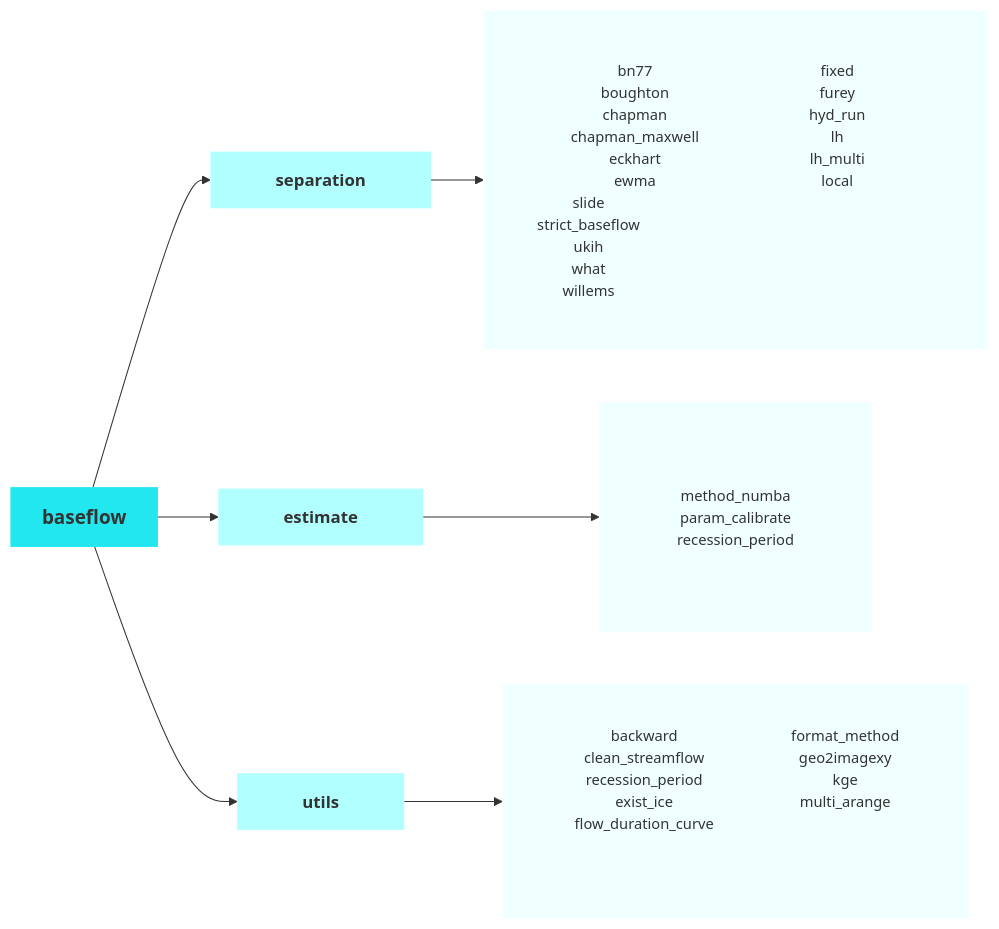
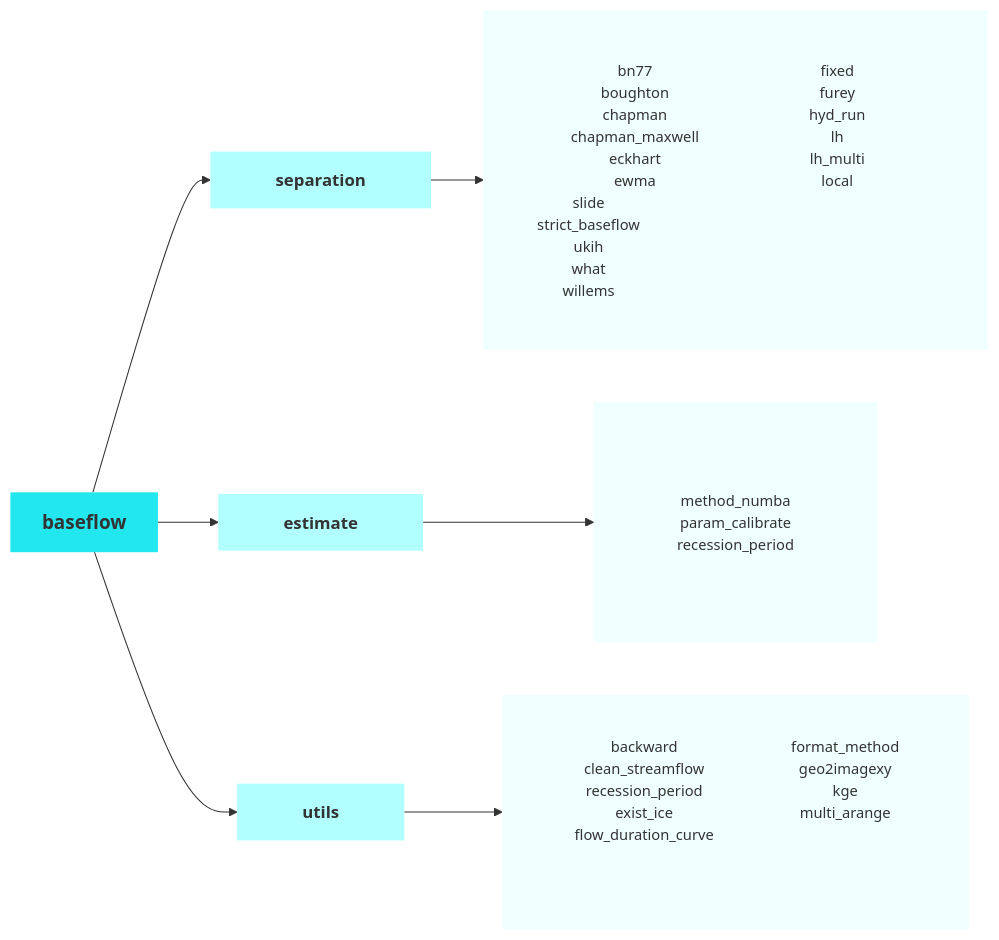
Before and after one commit to BYU-Hydroinformatics/baseflow: the diagram in docs/index.md, drawn with Mermaid.

Commit message:
lower the padding of the diagram

````diff
--- a/docs/index.md
+++ b/docs/index.md
@@ -58,50 +58,50 @@
 ```mermaid
 %%{init: {
   'theme': 'base', 
   'themeVariables': { 
     'fontSize': '14px',
     'fontFamily': 'Arial'
   },
   'flowchart': {
     'nodeSpacing': 25,
     'rankSpacing': 25,
     'curve': 'basis'
   }
   "flowchart": {"htmlLabels": true}
 }}%%
 graph LR
     %% Define styles
     classDef default fill:#22E7EF,stroke:#333,stroke-width:0px;
     classDef secondLevel fill:#B2FFFF,stroke:#333,stroke-width:0px,font-size:16px;
     classDef thirdLevel fill:#F0FFFF,stroke:#333,stroke-width:0px,font-size:14px;
 
     A[baseflow]:::default
     B[&emsp;&emsp;separation&emsp;&emsp;]:::secondLevel
     C[&emsp;&emsp;estimate&emsp;&emsp;]:::secondLevel
     D[&emsp;&emsp;utils&emsp;&emsp;]:::secondLevel
 
     A --> B
     A --> C
     A --> D
 
     B --> NewLines1["&emsp;&emsp;<div style='line-height: 1.5; padding: 10px; display: flex; flex-wrap: wrap; justify-content: space-between; width: 400px;'>
     <div style='flex: 0 0 30%;'>bn77<br/>boughton<br/>chapman<br/>chapman_maxwell<br/>eckhart<br/>ewma</div>
     <div style='flex: 0 0 30%;'>fixed<br/>furey<br/>hyd_run<br/>lh<br/>lh_multi<br/>local</div>
     <div style='flex: 0 0 30%;'>slide<br/>strict_baseflow<br/>ukih<br/>what<br/>willems</div>
     </div>&emsp;&emsp;"]:::thirdLevel
 
-    C --> NewLines2["&emsp;&emsp;<div style='line-height: 1.5; padding: 12spx; display: flex; flex-wrap: wrap; justify-content: space-between; width: 200px;'>
+    C --> NewLines2["&emsp;&emsp;<div style='line-height: 1.5; padding: 5px; display: flex; flex-wrap: wrap; justify-content: space-between; width: 200px;'>
     <div style='flex: 0 0 100%;'>method_numba<br/>param_calibrate<br/>recession_period</div>
     </div>&emsp;&emsp;"]:::thirdLevel
     
     D --> NewLines3["&emsp;&emsp;<div style='line-height: 1.5; padding: 2px; display: flex; flex-wrap: wrap; justify-content: space-between; width: 380px;'>
     <div style='flex: 0 0 45%;'>backward<br/>clean_streamflow<br/>recession_period<br/>exist_ice<br/>flow_duration_curve</div>
     <div style='flex: 0 0 45%;'>format_method<br/>geo2imagexy<br/>kge<br/>multi_arange</div>
     </div>&emsp;&emsp;"]:::thirdLevel
 
     %% Custom styles for specific nodes
     style A font-size:18px,font-weight:bold,mainBkg:#005f73
     style B font-weight:bold
     style C font-weight:bold
     style D font-weight:bold
 ```
````
